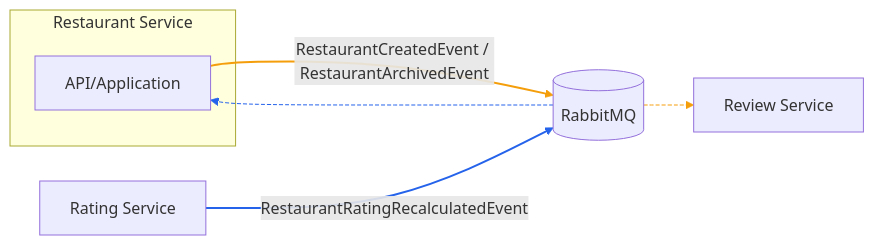
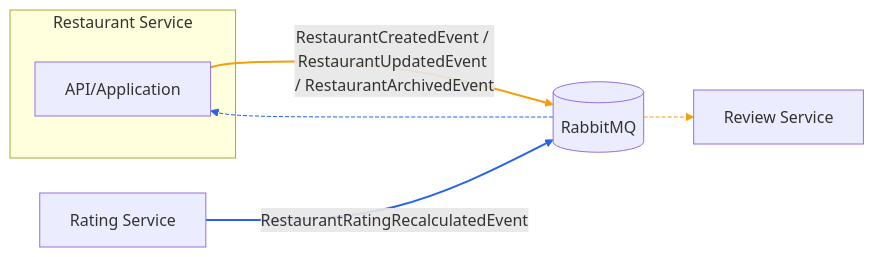
The first of 2 diagrams in docs/services/RestaurantService.md (bagermoon/otuscode), drawn with Mermaid before and after one commit. The commit also changed other lines of this file and 4 other files, not shown here.

Commit message:
feat(events): add RestaurantUpdatedEvent to event flow

````diff
--- a/docs/services/RestaurantService.md
+++ b/docs/services/RestaurantService.md
@@ -81,26 +81,26 @@
 ```mermaid
 flowchart LR
     %% Исходящие события сервиса Restaurant
     subgraph Restaurant_Service[Restaurant Service]
         RS[API/Application]
     end
 
-    RS -- RestaurantCreatedEvent / RestaurantArchivedEvent --> MQ[(RabbitMQ)]
+    RS -- RestaurantCreatedEvent / RestaurantUpdatedEvent / RestaurantArchivedEvent --> MQ[(RabbitMQ)]
 
     MQ --> ReviewSvc[Review Service]
 
     %% Входящая проекция рейтинга
     RatingSvc[Rating Service] -- RestaurantRatingRecalculatedEvent --> MQ
     MQ --> RS
 
     %% Подсветка стрелок для визуализации семейств событий
     %% 0: RS->MQ (события Restaurant)
     linkStyle 0 stroke:#f59e0b,stroke-width:2px
     %% 1: MQ->ReviewSvc (доставка событий Restaurant)
     linkStyle 1 stroke:#f59e0b,stroke-dasharray: 4 2
 
     %% 2: RatingSvc->MQ (проекция рейтинга)
     linkStyle 2 stroke:#2563eb,stroke-width:2px
     %% 3: MQ->RS (доставка проекции рейтинга)
     linkStyle 3 stroke:#2563eb,stroke-dasharray: 4 2
 ```
````
